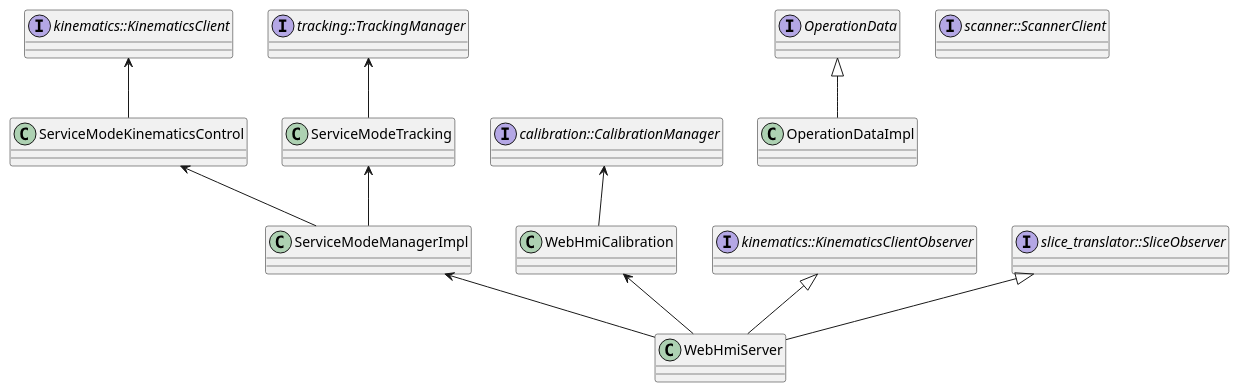
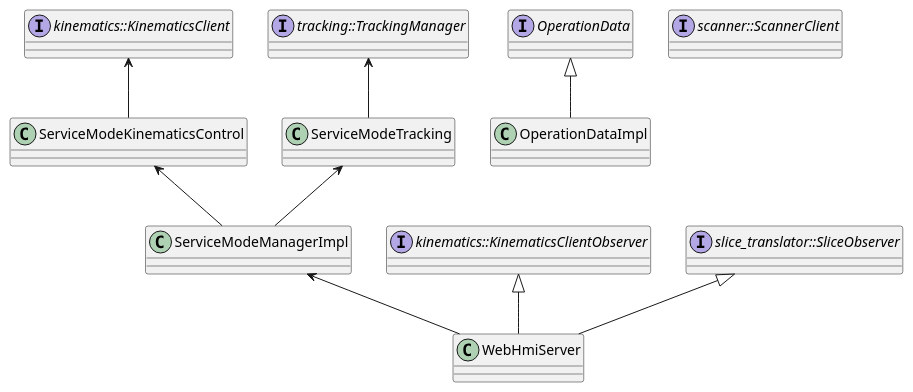
Before and after one commit to usrk04134-droid/adaptio-main: the diagram in src/main/web_hmi/DOCS.md, drawn with PlantUML. The commit also changed 35 other files, not shown here.

Commit message:
Remove legacy calibration manager and related components

````diff
--- a/src/main/web_hmi/DOCS.md
+++ b/src/main/web_hmi/DOCS.md
@@ -3,31 +3,26 @@
 ```plantuml
 
 class "WebHmiServer"
 class "OperationDataImpl"
 class "ServiceModeManagerImpl"
 class "ServiceModeKinematicsControl"
 class "ServiceModeTracking"
-class "WebHmiCalibration"
 interface "OperationData"
 interface "kinematics::KinematicsClientObserver"
 interface "slice_translator::SliceObserver"
 interface "kinematics::KinematicsClient"
 interface "tracking::TrackingManager"
 interface "scanner::ScannerClient"
-interface "calibration::CalibrationManager"
 
 ServiceModeManagerImpl <-- WebHmiServer
-WebHmiCalibration <-- WebHmiServer
 OperationData <|-- OperationDataImpl
 kinematics::KinematicsClientObserver <|-- WebHmiServer
 slice_translator::SliceObserver <|-- WebHmiServer
-
-calibration::CalibrationManager <-- WebHmiCalibration
 
 ServiceModeKinematicsControl <-- ServiceModeManagerImpl
 ServiceModeTracking <-- ServiceModeManagerImpl
 
 tracking::TrackingManager <-- ServiceModeTracking
 kinematics::KinematicsClient <-- ServiceModeKinematicsControl
 
 ```
````
